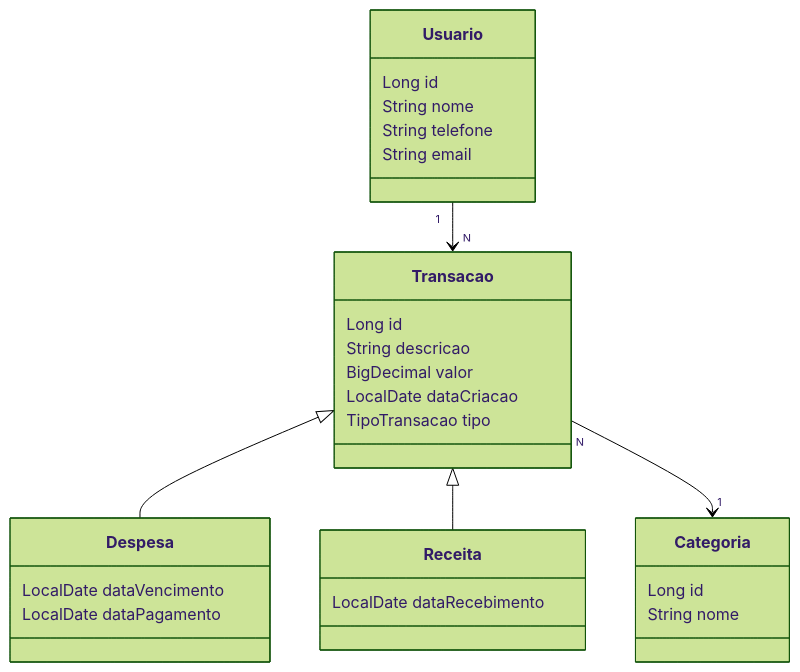
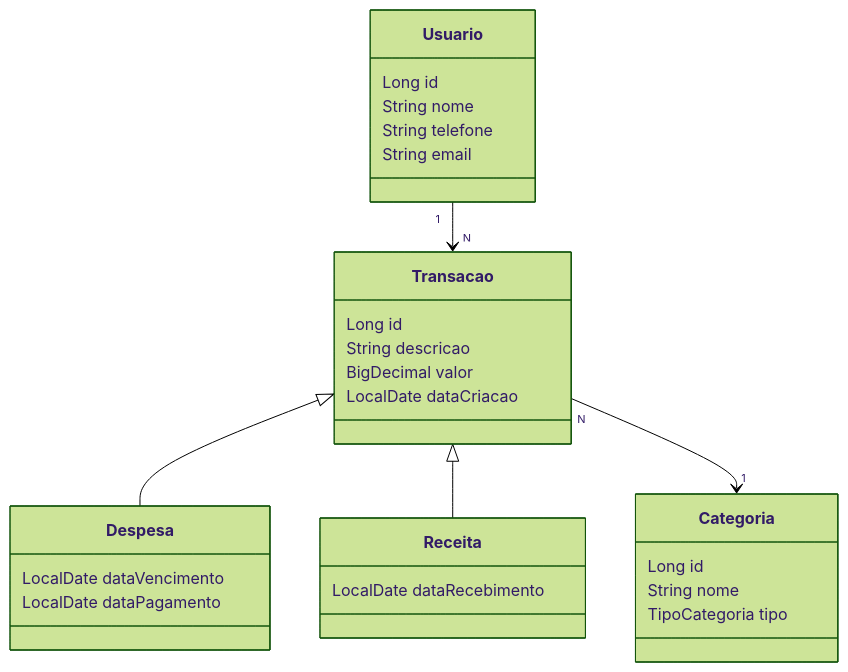
One commit to AndreOliveiraALO/dio-desafio-api-controle-financeiro-pessoal changed the first of 2 diagrams in README.md. Above: the diagram before and after it, drawn with Mermaid (forest theme). The commit also changed other lines of this file, not shown here.

````diff
--- a/README.md
+++ b/README.md
@@ -5,36 +5,36 @@
 ```mermaid
 classDiagram
     class Transacao {
         Long id
 		String descricao
         BigDecimal valor
-        LocalDate dataCriacao
-        TipoTransacao tipo
+        LocalDate dataCriacao        
     }
 
     class Despesa {
         LocalDate dataVencimento
         LocalDate dataPagamento
     }
 
     class Receita {
         LocalDate dataRecebimento
     }
 
     class Usuario {
         Long id
         String nome
 		String telefone
         String email
     }
 
     class Categoria {
         Long id
         String nome
+		TipoCategoria tipo
     }
 
     Transacao <|-- Despesa
     Transacao <|-- Receita
     Usuario "1" --> "N" Transacao
     Transacao "N" --> "1" Categoria
 ```
````
